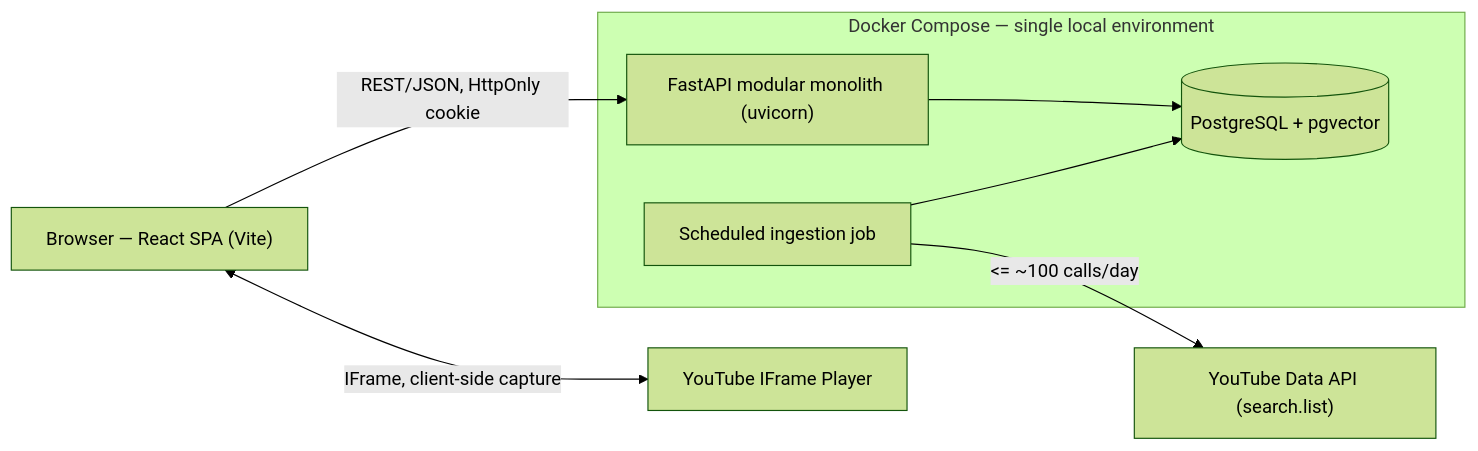
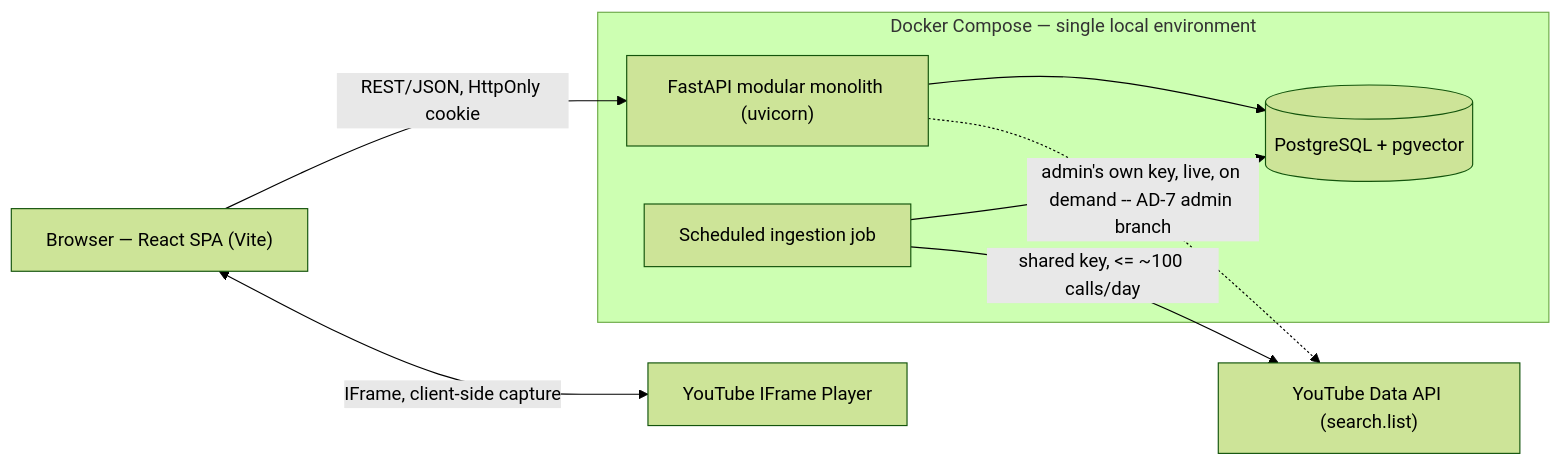
One commit to PTirumalaVasu/TalentPilot-AI changed the second of 3 diagrams in _bmad-output/planning-artifacts/architecture/architecture-TalentPilot-AI-2026-07-09/ARCHITECTURE-SPINE.md. Above: the diagram before and after it, drawn with Mermaid (forest theme). The commit also changed other lines of this file and 10 other files, not shown here.

First line of the commit message:
feat: add Admin-Assisted Content Sourcing (Skills tab) - PRD, architecture, UX spec, prototype

````diff
--- a/_bmad-output/planning-artifacts/architecture/architecture-TalentPilot-AI-2026-07-09/ARCHITECTURE-SPINE.md
+++ b/_bmad-output/planning-artifacts/architecture/architecture-TalentPilot-AI-2026-07-09/ARCHITECTURE-SPINE.md
@@ -147,21 +166,22 @@
 ```mermaid
 graph LR
     Browser["Browser — React SPA (Vite)"]
     API["FastAPI modular monolith (uvicorn)"]
     DB[("PostgreSQL + pgvector")]
     Cron["Scheduled ingestion job"]
     YT["YouTube IFrame Player"]
     YTAPI["YouTube Data API (search.list)"]
 
     Browser -->|REST/JSON, HttpOnly cookie| API
     Browser <-->|IFrame, client-side capture| YT
     API --> DB
     Cron --> DB
-    Cron -->|<= ~100 calls/day| YTAPI
+    Cron -->|shared key, <= ~100 calls/day| YTAPI
+    API -.->|admin's own key, live, on demand -- AD-7 admin branch| YTAPI
 
     subgraph Local["Docker Compose — single local environment"]
         API
         DB
         Cron
     end
 ```
````
